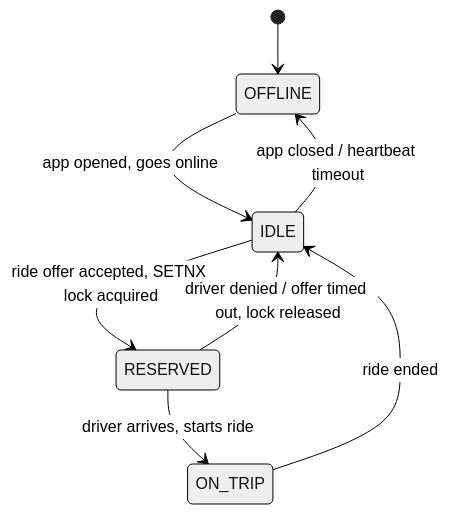
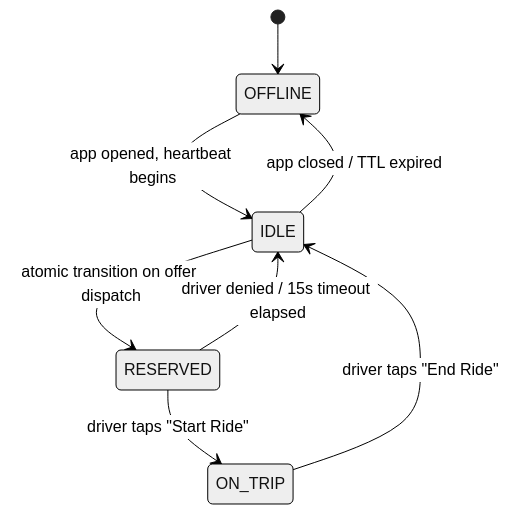
Before and after one commit to shyamalm88/MechineCoding: the sixth of 7 diagrams in system-design/ride-booking-uber-rapido.md, drawn with Mermaid (neutral theme). The commit also changed other lines of this file, not shown here.

Commit message:
updated ride-booking-uber-rapido and google docs

````diff
--- a/system-design/ride-booking-uber-rapido.md
+++ b/system-design/ride-booking-uber-rapido.md
@@ -391,10 +468,10 @@
 ```mermaid
 stateDiagram-v2
     [*] --> OFFLINE
-    OFFLINE --> IDLE : app opened, goes online
-    IDLE --> RESERVED : ride offer accepted, SETNX lock acquired
-    RESERVED --> ON_TRIP : driver arrives, starts ride
-    ON_TRIP --> IDLE : ride ended
-    IDLE --> OFFLINE : app closed / heartbeat timeout
-    RESERVED --> IDLE : driver denied / offer timed out, lock released
+    OFFLINE --> IDLE : app opened, heartbeat begins
+    IDLE --> RESERVED : atomic transition on offer dispatch
+    RESERVED --> ON_TRIP : driver taps "Start Ride"
+    ON_TRIP --> IDLE : driver taps "End Ride"
+    IDLE --> OFFLINE : app closed / TTL expired
+    RESERVED --> IDLE : driver denied / 15s timeout elapsed
 ```
````
